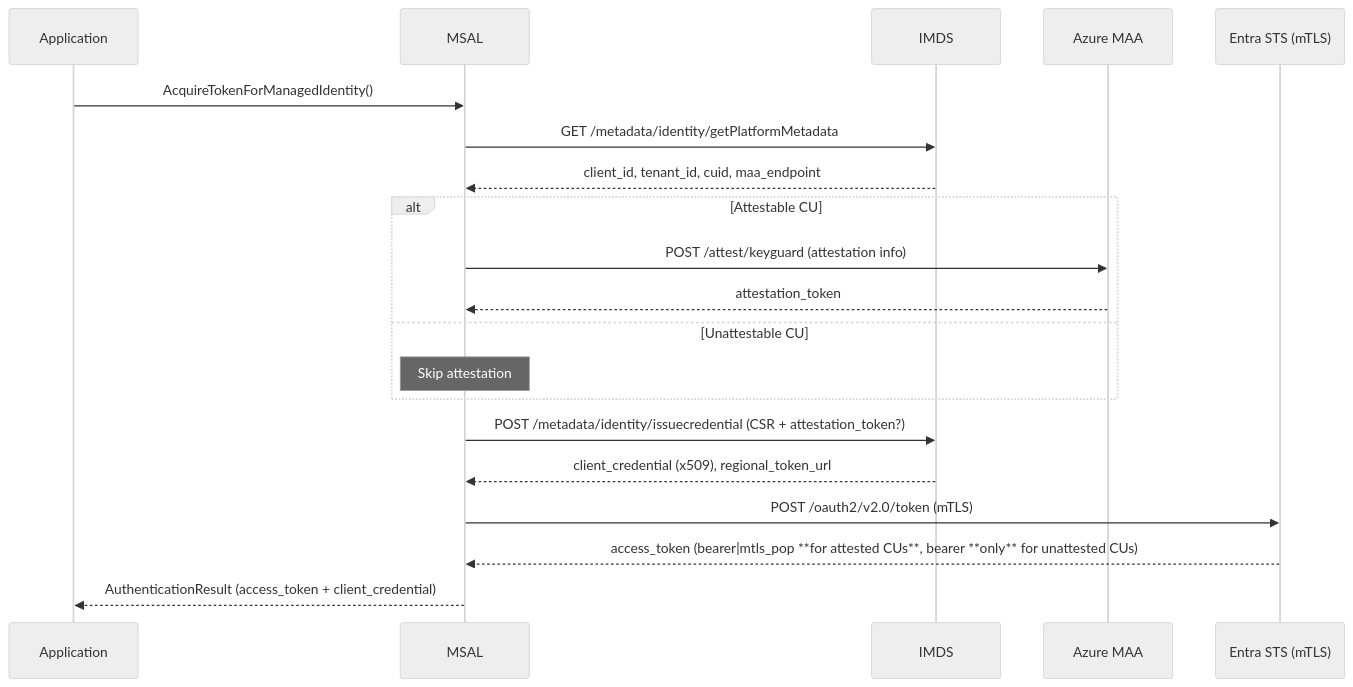
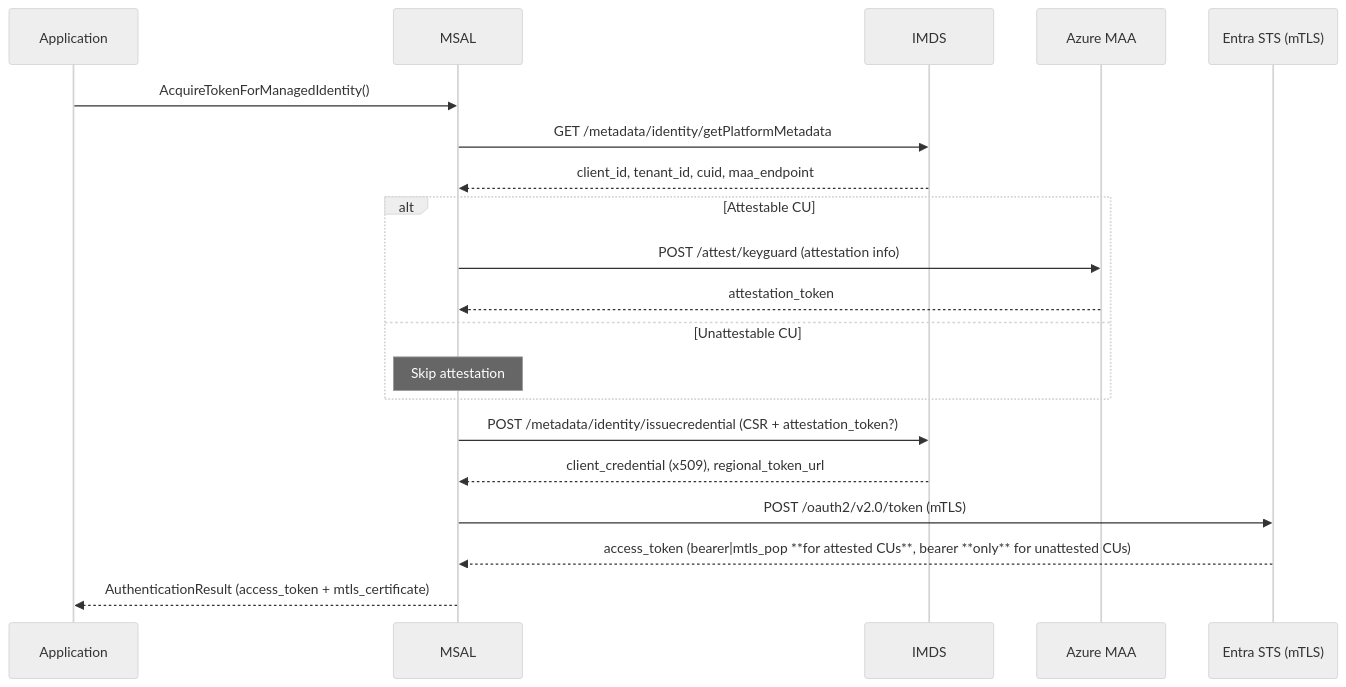
Before and after one commit to AzureAD/microsoft-authentication-library-for-dotnet: the diagram in docs/msi_v2/msi_with_credential_design.md, drawn with Mermaid (neutral theme). The commit also changed other lines of this file, not shown here.

````diff
--- a/docs/msi_v2/msi_with_credential_design.md
+++ b/docs/msi_v2/msi_with_credential_design.md
@@ -19,26 +19,26 @@
 ```mermaid
 sequenceDiagram
     participant App as Application
     participant MSAL
     participant IMDS
     participant MAA as Azure MAA
     participant ESTS as Entra STS (mTLS)
 
     App  ->> MSAL: AcquireTokenForManagedIdentity()
     MSAL ->> IMDS: GET /metadata/identity/getPlatformMetadata
     IMDS -->> MSAL: client_id, tenant_id, cuid, maa_endpoint
 
     alt Attestable CU
         MSAL ->> MAA: POST /attest/keyguard (attestation info)
         MAA  -->> MSAL: attestation_token
     else Unattestable CU
         Note over MSAL: Skip attestation
     end
 
     MSAL ->> IMDS: POST /metadata/identity/issuecredential (CSR + attestation_token?)
     IMDS -->> MSAL: client_credential (x509), regional_token_url
 
     MSAL ->> ESTS: POST /oauth2/v2.0/token (mTLS)
     ESTS -->> MSAL: access_token (bearer|mtls_pop **for attested CUs**, bearer **only** for unattested CUs)
-    MSAL -->> App : AuthenticationResult (access_token + client_credential)
+    MSAL -->> App : AuthenticationResult (access_token + mtls_certificate)
 ```
````
